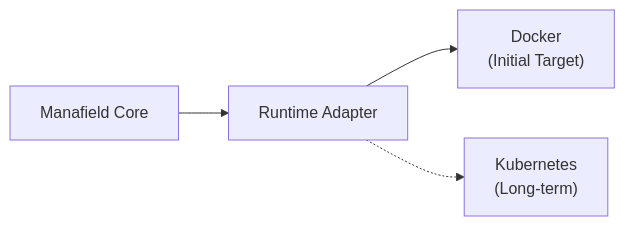
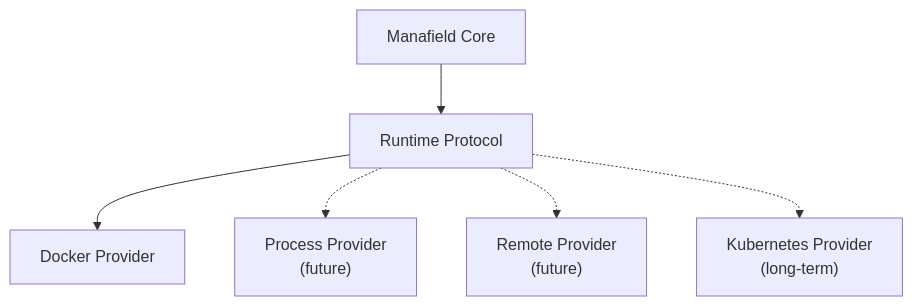
Before and after one commit to eventide-manafield/manafield: the sixth of 7 diagrams in docs/kr/architecture.md, drawn with Mermaid. The commit also changed other lines of this file, not shown here.

Commit message:
docs: define boundary-first runtime provider architecture

````diff
--- a/docs/kr/architecture.md
+++ b/docs/kr/architecture.md
@@ -202,11 +254,16 @@
 ```mermaid
-flowchart LR
+flowchart TB
     Core["Manafield Core"]
-    Adapter["Runtime Adapter"]
-    Docker["Docker<br/>(Initial Target)"]
-    K8s["Kubernetes<br/>(Long-term)"]
+    RuntimeProtocol["Runtime Protocol"]
 
-    Core --> Adapter
-    Adapter --> Docker
-    Adapter -.-> K8s
+    DockerProvider["Docker Provider"]
+    ProcessProvider["Process Provider<br/>(future)"]
+    RemoteProvider["Remote Provider<br/>(future)"]
+    K8sProvider["Kubernetes Provider<br/>(long-term)"]
+
+    Core --> RuntimeProtocol
+    RuntimeProtocol --> DockerProvider
+    RuntimeProtocol -.-> ProcessProvider
+    RuntimeProtocol -.-> RemoteProvider
+    RuntimeProtocol -.-> K8sProvider
 ```
````
